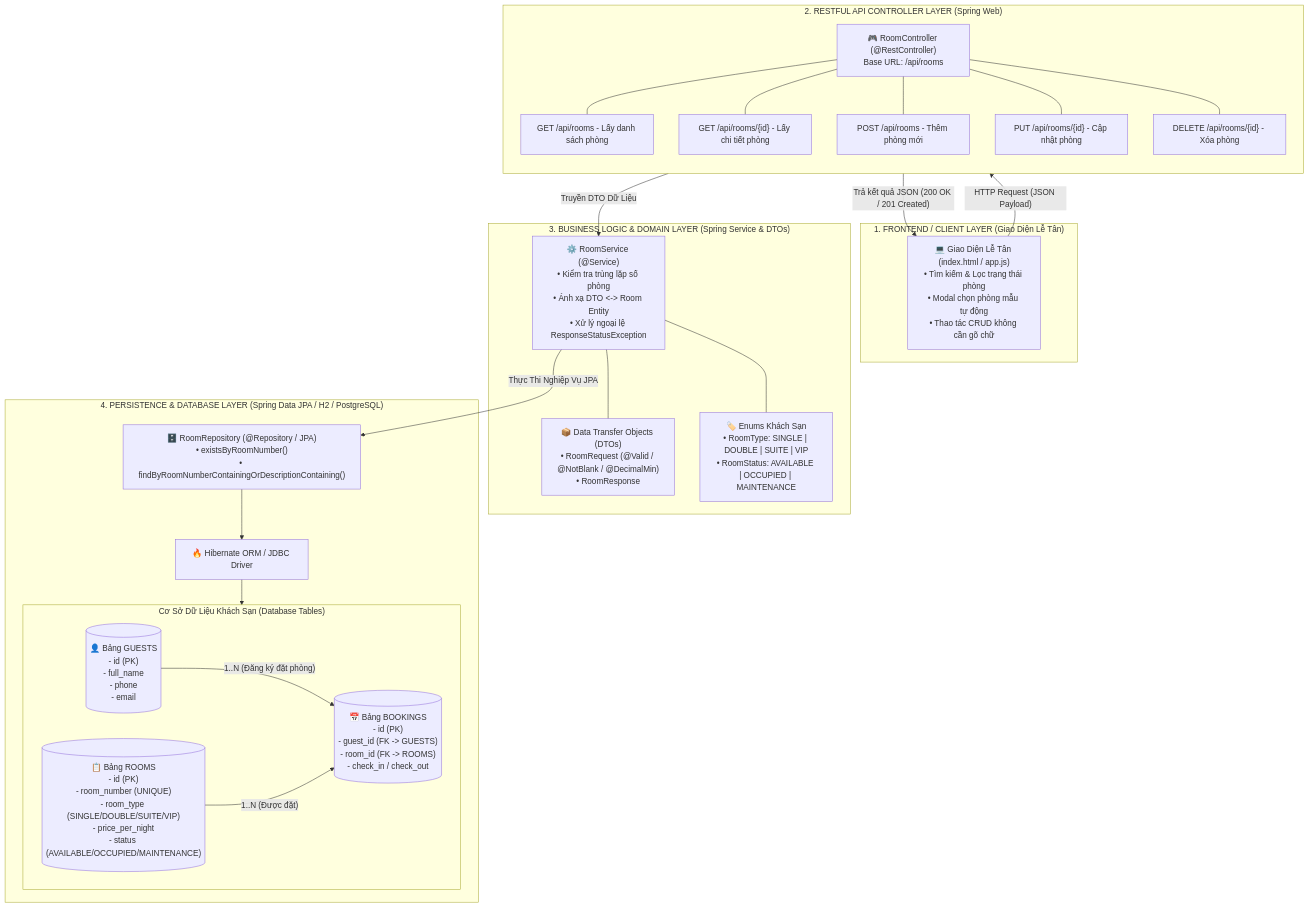
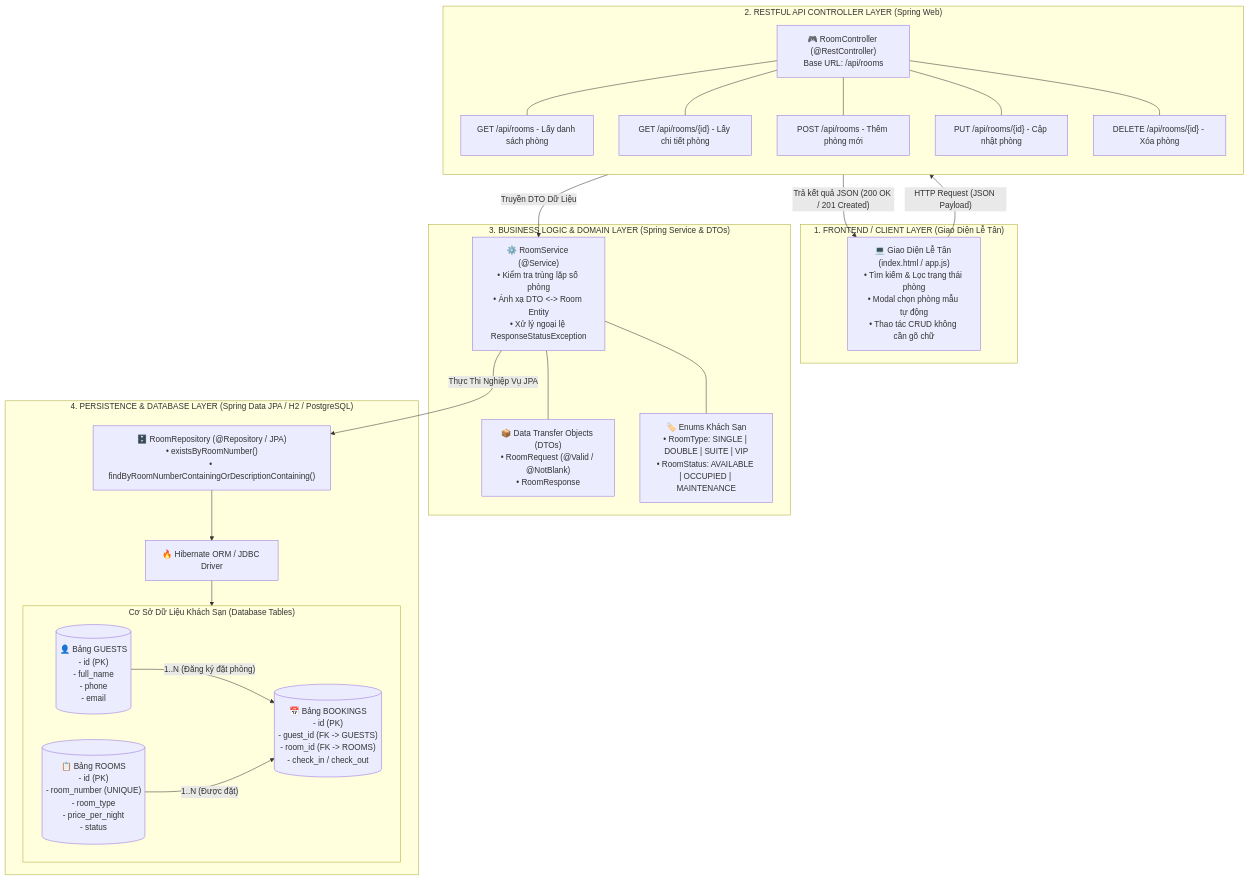
The first of 2 diagrams in README.md (DragonGod655/LTUD), drawn with Mermaid before and after one commit. The commit also changed other lines of this file and 1 other file, not shown here.

Commit message:
docs: cap nhat so do kien truc Mermaid vao README

````diff
--- a/README.md
+++ b/README.md
@@ -52,50 +54,50 @@
 ```mermaid
 flowchart TD
     %% LAYER 1: FRONTEND CLIENT LAYER
     subgraph Layer1["1. FRONTEND / CLIENT LAYER (Giao Diện Lễ Tân)"]
-        UI["💻 Giao Diện Lễ Tân (index.html / app.js)\n• Tìm kiếm & Lọc trạng thái phòng\n• Modal chọn phòng mẫu tự động\n• Thao tác CRUD không cần gõ chữ"]
+        UI["💻 Giao Diện Lễ Tân (index.html / app.js)<br/>• Tìm kiếm & Lọc trạng thái phòng<br/>• Modal chọn phòng mẫu tự động<br/>• Thao tác CRUD không cần gõ chữ"]
     end
 
     %% LAYER 2: REST CONTROLLER LAYER
     subgraph Layer2["2. RESTFUL API CONTROLLER LAYER (Spring Web)"]
         direction TB
-        CTL["🎮 RoomController (@RestController)\nBase URL: /api/rooms"]
+        CTL["🎮 RoomController (@RestController)<br/>Base URL: /api/rooms"]
         EP1["GET /api/rooms - Lấy danh sách phòng"]
         EP2["GET /api/rooms/{id} - Lấy chi tiết phòng"]
         EP3["POST /api/rooms - Thêm phòng mới"]
         EP4["PUT /api/rooms/{id} - Cập nhật phòng"]
         EP5["DELETE /api/rooms/{id} - Xóa phòng"]
         CTL --- EP1 & EP2 & EP3 & EP4 & EP5
     end
 
     %% LAYER 3: SERVICE & DOMAIN BUSINESS LAYER
     subgraph Layer3["3. BUSINESS LOGIC & DOMAIN LAYER (Spring Service & DTOs)"]
-        SVC["⚙️ RoomService (@Service)\n• Kiểm tra trùng lặp số phòng\n• Ánh xạ DTO <-> Room Entity\n• Xử lý ngoại lệ ResponseStatusException"]
-        DTO["📦 Data Transfer Objects (DTOs)\n• RoomRequest (@Valid / @NotBlank / @DecimalMin)\n• RoomResponse"]
-        ENUMS["🏷️ Enums Khách Sạn\n• RoomType: SINGLE | DOUBLE | SUITE | VIP\n• RoomStatus: AVAILABLE | OCCUPIED | MAINTENANCE"]
+        SVC["⚙️ RoomService (@Service)<br/>• Kiểm tra trùng lặp số phòng<br/>• Ánh xạ DTO <-> Room Entity<br/>• Xử lý ngoại lệ ResponseStatusException"]
+        DTO["📦 Data Transfer Objects (DTOs)<br/>• RoomRequest (@Valid / @NotBlank)<br/>• RoomResponse"]
+        ENUMS["🏷️ Enums Khách Sạn<br/>• RoomType: SINGLE | DOUBLE | SUITE | VIP<br/>• RoomStatus: AVAILABLE | OCCUPIED | MAINTENANCE"]
         SVC --- DTO & ENUMS
     end
 
     %% LAYER 4: PERSISTENCE & DATABASE LAYER
     subgraph Layer4["4. PERSISTENCE & DATABASE LAYER (Spring Data JPA / H2 / PostgreSQL)"]
-        REPO["🗄️ RoomRepository (@Repository / JPA)\n• existsByRoomNumber()\n• findByRoomNumberContainingOrDescriptionContaining()"]
+        REPO["🗄️ RoomRepository (@Repository / JPA)<br/>• existsByRoomNumber()<br/>• findByRoomNumberContainingOrDescriptionContaining()"]
         ORM["🔥 Hibernate ORM / JDBC Driver"]
         
         subgraph SchemaDB["Cơ Sở Dữ Liệu Khách Sạn (Database Tables)"]
-            T_ROOMS[("📋 Bảng ROOMS\n- id (PK)\n- room_number (UNIQUE)\n- room_type (SINGLE/DOUBLE/SUITE/VIP)\n- price_per_night\n- status (AVAILABLE/OCCUPIED/MAINTENANCE)")]
-            T_GUESTS[("👤 Bảng GUESTS\n- id (PK)\n- full_name\n- phone\n- email")]
-            T_BOOKINGS[("📅 Bảng BOOKINGS\n- id (PK)\n- guest_id (FK -> GUESTS)\n- room_id (FK -> ROOMS)\n- check_in / check_out")]
+            T_ROOMS[("📋 Bảng ROOMS<br/>- id (PK)<br/>- room_number (UNIQUE)<br/>- room_type<br/>- price_per_night<br/>- status")]
+            T_GUESTS[("👤 Bảng GUESTS<br/>- id (PK)<br/>- full_name<br/>- phone<br/>- email")]
+            T_BOOKINGS[("📅 Bảng BOOKINGS<br/>- id (PK)<br/>- guest_id (FK -> GUESTS)<br/>- room_id (FK -> ROOMS)<br/>- check_in / check_out")]
             T_GUESTS -- "1..N (Đăng ký đặt phòng)" --> T_BOOKINGS
             T_ROOMS -- "1..N (Được đặt)" --> T_BOOKINGS
         end
         
         REPO --> ORM
         ORM --> SchemaDB
     end
 
     %% INTER-LAYER CONNECTIVITY
     UI -- "HTTP Request (JSON Payload)" --> CTL
     CTL -- "Trả kết quả JSON (200 OK / 201 Created)" --> UI
     CTL -- "Truyền DTO Dữ Liệu" --> SVC
     SVC -- "Thực Thi Nghiệp Vụ JPA" --> REPO
 ```
````
